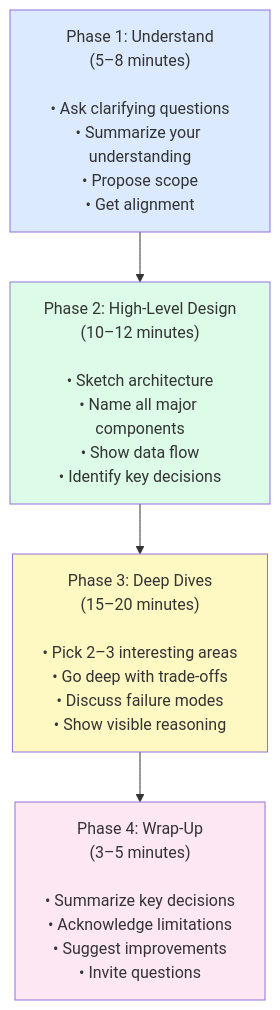
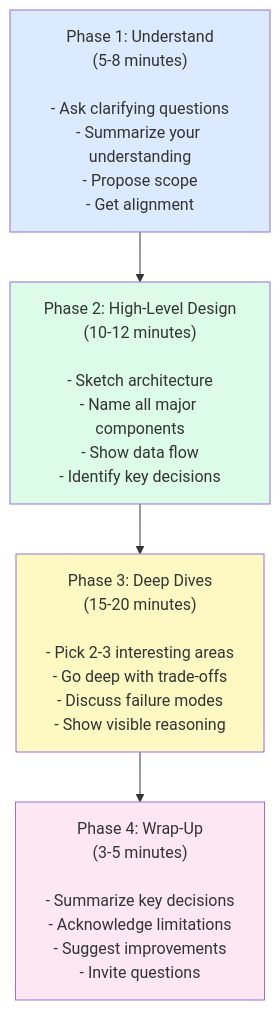
The second of 9 diagrams in Section1/Chapter_12_Communication_and_Interview_Leadership.md (ranjeetnegi/System-Design-for-Staff-SWE), drawn with Mermaid before and after one commit. The commit also changed other lines of this file and 11 other files, not shown here.

````diff
--- a/Section1/Chapter_12_Communication_and_Interview_Leadership.md
+++ b/Section1/Chapter_12_Communication_and_Interview_Leadership.md
@@ -162,14 +162,14 @@
 ```mermaid
 flowchart TD
-    P1["Phase 1: Understand\n(5–8 minutes)\n\n• Ask clarifying questions\n• Summarize your understanding\n• Propose scope\n• Get alignment"]
-    P2["Phase 2: High-Level Design\n(10–12 minutes)\n\n• Sketch architecture\n• Name all major components\n• Show data flow\n• Identify key decisions"]
-    P3["Phase 3: Deep Dives\n(15–20 minutes)\n\n• Pick 2–3 interesting areas\n• Go deep with trade-offs\n• Discuss failure modes\n• Show visible reasoning"]
-    P4["Phase 4: Wrap-Up\n(3–5 minutes)\n\n• Summarize key decisions\n• Acknowledge limitations\n• Suggest improvements\n• Invite questions"]
+    P1["Phase 1: Understand\n(5-8 minutes)\n\n- Ask clarifying questions\n- Summarize your understanding\n- Propose scope\n- Get alignment"]
+    P2["Phase 2: High-Level Design\n(10-12 minutes)\n\n- Sketch architecture\n- Name all major components\n- Show data flow\n- Identify key decisions"]
+    P3["Phase 3: Deep Dives\n(15-20 minutes)\n\n- Pick 2-3 interesting areas\n- Go deep with trade-offs\n- Discuss failure modes\n- Show visible reasoning"]
+    P4["Phase 4: Wrap-Up\n(3-5 minutes)\n\n- Summarize key decisions\n- Acknowledge limitations\n- Suggest improvements\n- Invite questions"]
 
     P1 --> P2 --> P3 --> P4
 
     style P1 fill:#dbeafe
     style P2 fill:#dcfce7
     style P3 fill:#fef9c3
     style P4 fill:#fce7f3
 ```
````
